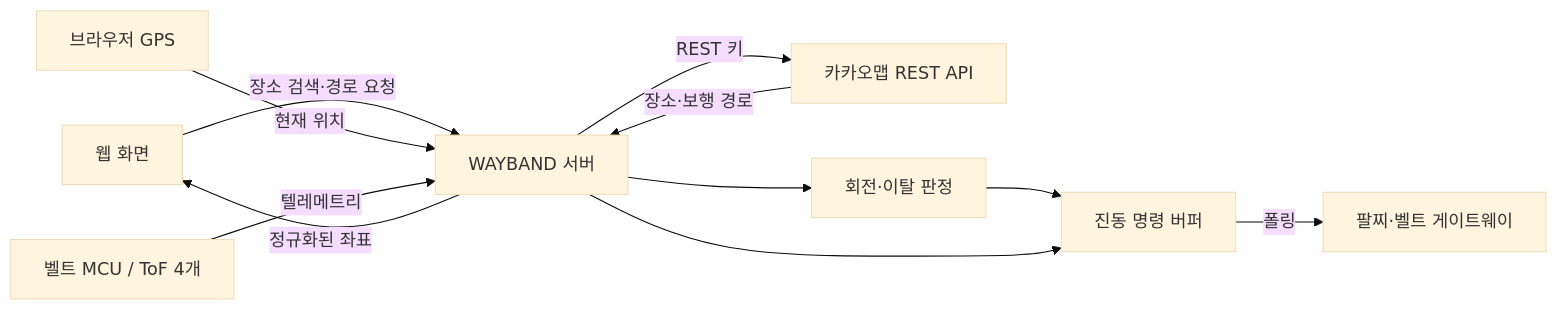
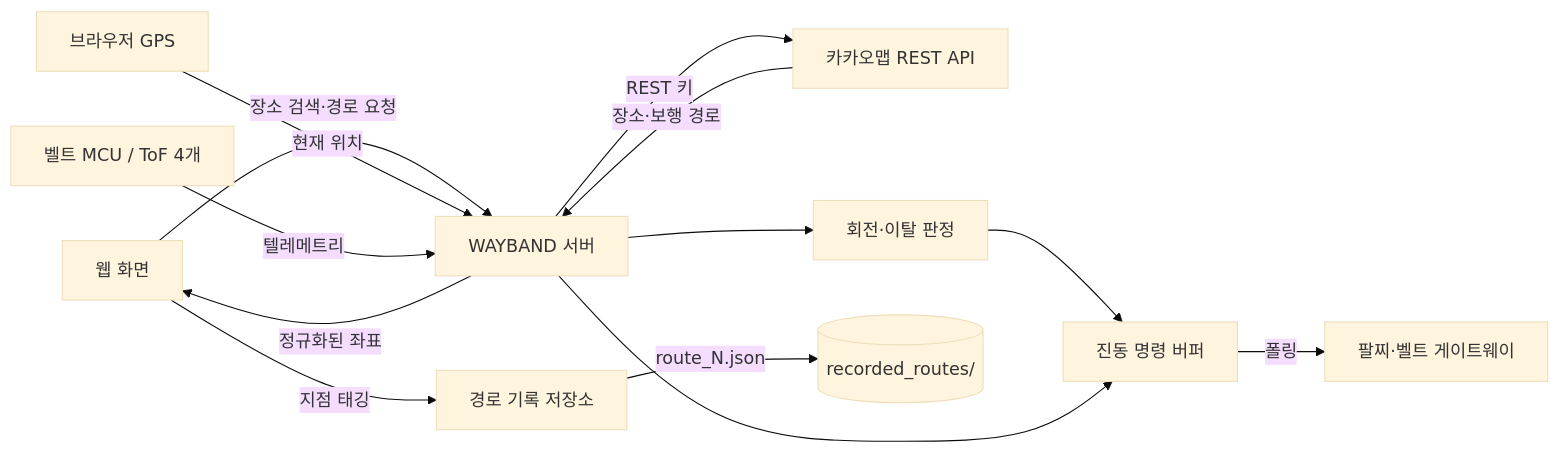
Before and after one commit to knk6554-ctrl/Capstone: the diagram in README.md, drawn with Mermaid (base theme). The commit also changed other lines of this file and 8 other files, not shown here.

````diff
--- a/README.md
+++ b/README.md
@@ -20,13 +21,15 @@
 ```mermaid
 flowchart LR
     UI["웹 화면"] -->|장소 검색·경로 요청| API["WAYBAND 서버"]
     API -->|REST 키| KAKAO["카카오맵 REST API"]
     KAKAO -->|장소·보행 경로| API
     API -->|정규화된 좌표| UI
     GPS["브라우저 GPS"] -->|현재 위치| API
     API --> NAV["회전·이탈 판정"]
     TOF["벨트 MCU / ToF 4개"] -->|텔레메트리| API
     NAV --> QUEUE["진동 명령 버퍼"]
     API --> QUEUE
     QUEUE -->|폴링| MCU["팔찌·벨트 게이트웨이"]
+    UI -->|지점 태깅| REC["경로 기록 저장소"]
+    REC -->|route_N.json| FILES[("recorded_routes/")]
 ```
````
